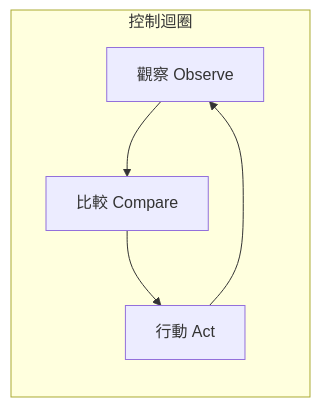
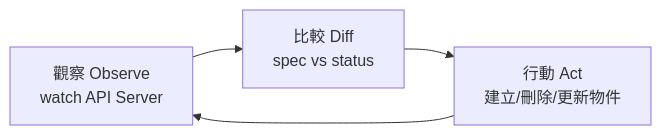
One commit to chihhung/Blog changed the first of 31 diagrams in content/posts/教學/工具/Kubernetes教學手冊.md. Above: the diagram before and after it, drawn with Mermaid. The commit also changed other lines of this file and 8 other files, not shown here.

````diff
--- a/content/posts/教學/工具/Kubernetes教學手冊.md
+++ b/content/posts/教學/工具/Kubernetes教學手冊.md
@@ -189,12 +406,6 @@
 ```mermaid
 flowchart LR
-    A[觀察 Observe] --> B[比較 Compare]
-    B --> C[行動 Act]
+    A["觀察 Observe<br/>watch API Server"] --> B["比較 Diff<br/>spec vs status"]
+    B --> C["行動 Act<br/>建立/刪除/更新物件"]
     C --> A
-    
-    subgraph "控制迴圈"
-        A
-        B
-        C
-    end
 ```
````
